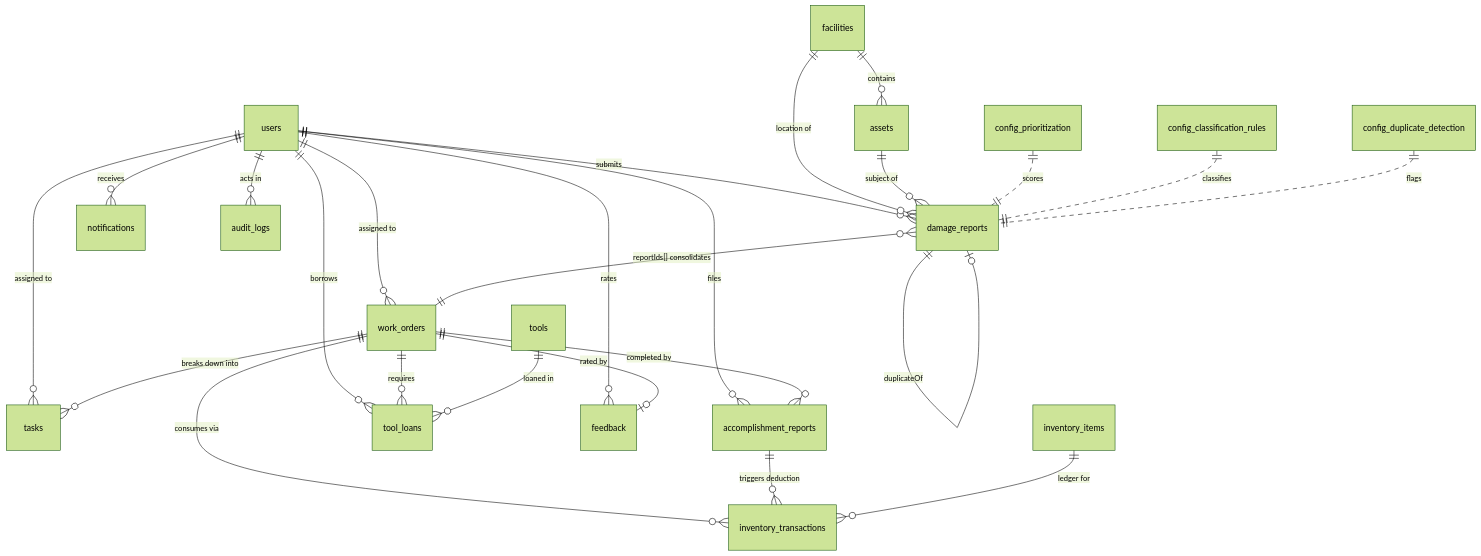
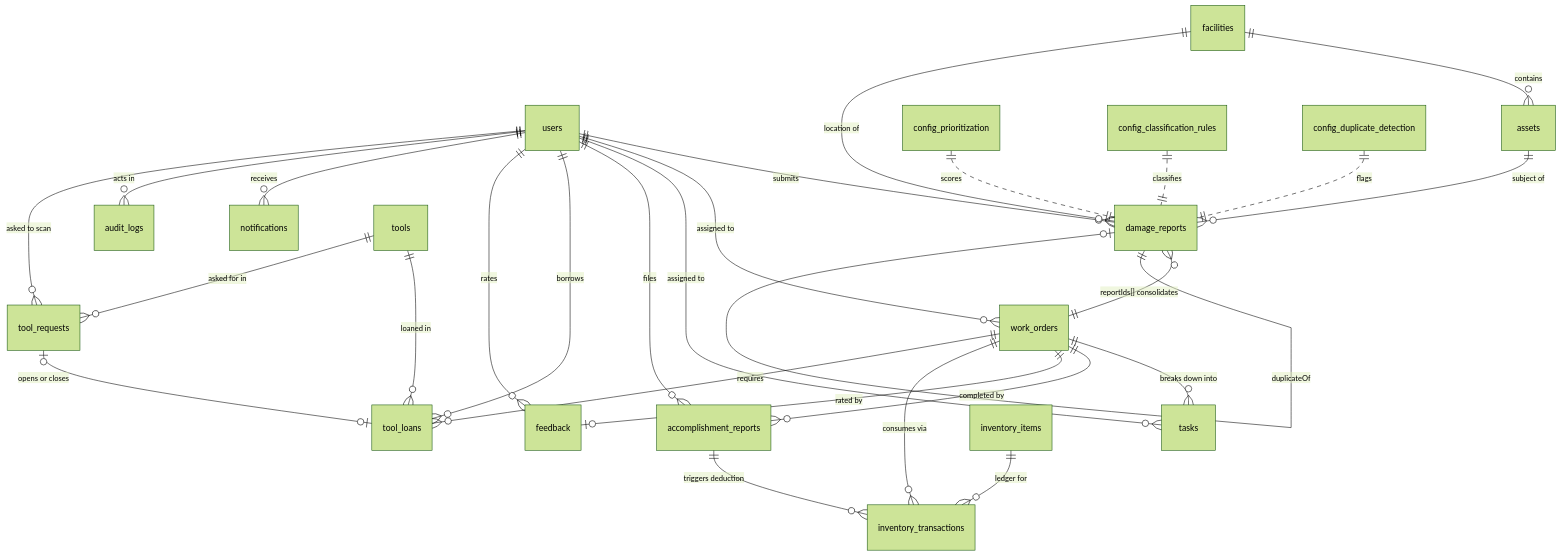
Before and after one commit to Chan2-create/GSUhub-FDRaMMS: the diagram in docs/data_dictionary.md, drawn with Mermaid (forest theme). The commit also changed other lines of this file and 6 other files, not shown here.

Commit message:
docs: live views, the review trail, and tool check-out by scan

````diff
--- a/docs/data_dictionary.md
+++ b/docs/data_dictionary.md
@@ -80,32 +80,35 @@
 ```mermaid
 erDiagram
     users ||--o{ damage_reports : "submits"
     users ||--o{ work_orders : "assigned to"
     users ||--o{ tasks : "assigned to"
     users ||--o{ accomplishment_reports : "files"
     users ||--o{ tool_loans : "borrows"
     users ||--o{ feedback : "rates"
     users ||--o{ notifications : "receives"
     users ||--o{ audit_logs : "acts in"
 
     facilities ||--o{ assets : "contains"
     facilities ||--o{ damage_reports : "location of"
     assets ||--o{ damage_reports : "subject of"
 
     damage_reports }o--|| work_orders : "reportIds[] consolidates"
     damage_reports ||--o| damage_reports : "duplicateOf"
 
     work_orders ||--o{ tasks : "breaks down into"
     work_orders ||--o{ accomplishment_reports : "completed by"
     work_orders ||--o| feedback : "rated by"
     work_orders ||--o{ inventory_transactions : "consumes via"
     work_orders ||--o{ tool_loans : "requires"
 
     accomplishment_reports ||--o{ inventory_transactions : "triggers deduction"
     inventory_items ||--o{ inventory_transactions : "ledger for"
     tools ||--o{ tool_loans : "loaned in"
+    tools ||--o{ tool_requests : "asked for in"
+    users ||--o{ tool_requests : "asked to scan"
+    tool_requests |o--o| tool_loans : "opens or closes"
 
     config_prioritization ||..|| damage_reports : "scores"
     config_classification_rules ||..|| damage_reports : "classifies"
     config_duplicate_detection ||..|| damage_reports : "flags"
 ```
````
